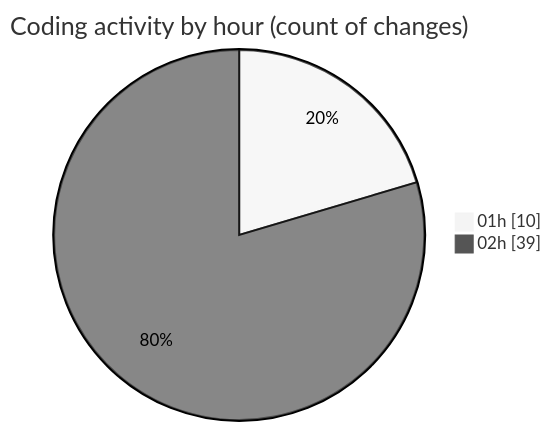
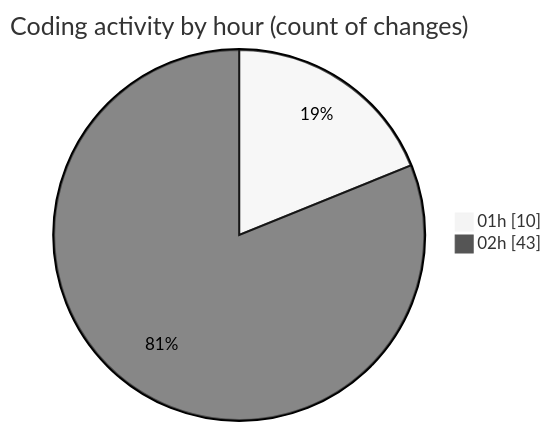
The second of 2 diagrams in 2025-11-21/eventscop-frontend-guide__workspace_/README.md (julien-gomy/code-tracking), drawn with Mermaid (neutral theme) before and after one commit. The commit also changed other lines of this file and 1 other file, not shown here.

````diff
--- a/2025-11-21/eventscop-frontend-guide__workspace_/README.md
+++ b/2025-11-21/eventscop-frontend-guide__workspace_/README.md
@@ -53,6 +56,6 @@
 ```mermaid
 pie showData
 title Coding activity by hour (count of changes)
 "01h" : 10
-"02h" : 39
+"02h" : 43
 ```
````
